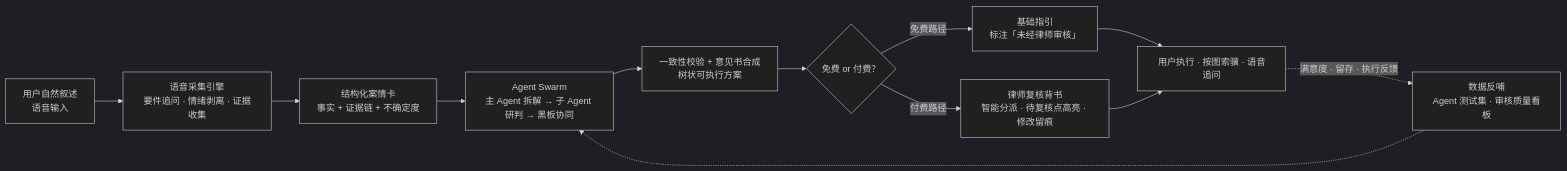
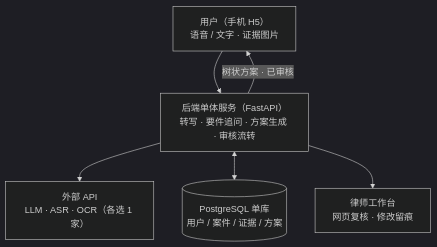
Before and after one commit to Megalomanian/saishangfaqiao: the first of 3 diagrams in README.md, drawn with Mermaid (dark theme). The commit also changed other lines of this file and 2 other files, not shown here.

Commit message:
refactor: 技术方案收敛为 MVP 版（单体架构 + 4 个子 Agent + 3 张简洁架构图）

````diff
--- a/README.md
+++ b/README.md
@@ -7,14 +47,8 @@
 ```mermaid
-flowchart LR
-    A["用户自然叙述<br/>语音输入"] --> B["语音采集引擎<br/>要件追问 · 情绪剥离 · 证据收集"]
-    B --> C["结构化案情卡<br/>事实 + 证据链 + 不确定度"]
-    C --> D["Agent Swarm<br/>主 Agent 拆解 → 子 Agent 研判 → 黑板协同"]
-    D --> E["一致性校验 + 意见书合成<br/>树状可执行方案"]
-    E --> F{"免费 or 付费？"}
-    F -->|"免费路径"| G["基础指引<br/>标注「未经律师审核」"]
-    F -->|"付费路径"| H["律师复核背书<br/>智能分派 · 待复核点高亮 · 修改留痕"]
-    G --> I["用户执行 · 按图索骥 · 语音追问"]
-    H --> I
-    I -.->|"满意度 · 留存 · 执行反馈"| J["数据反哺<br/>Agent 测试集 · 审核质量看板"]
-    J -.-> D
+flowchart TB
+    U["用户（手机 H5）<br/>语音 / 文字 · 证据图片"] --> S["后端单体服务（FastAPI）<br/>转写 · 要件追问 · 方案生成 · 审核流转"]
+    S --> API["外部 API<br/>LLM · ASR · OCR（各选 1 家）"]
+    S <--> DB[("PostgreSQL 单库<br/>用户 / 案件 / 证据 / 方案")]
+    S --> L["律师工作台<br/>网页复核 · 修改留痕"]
+    S -->|"树状方案 · 已审核"| U
 ```
````
